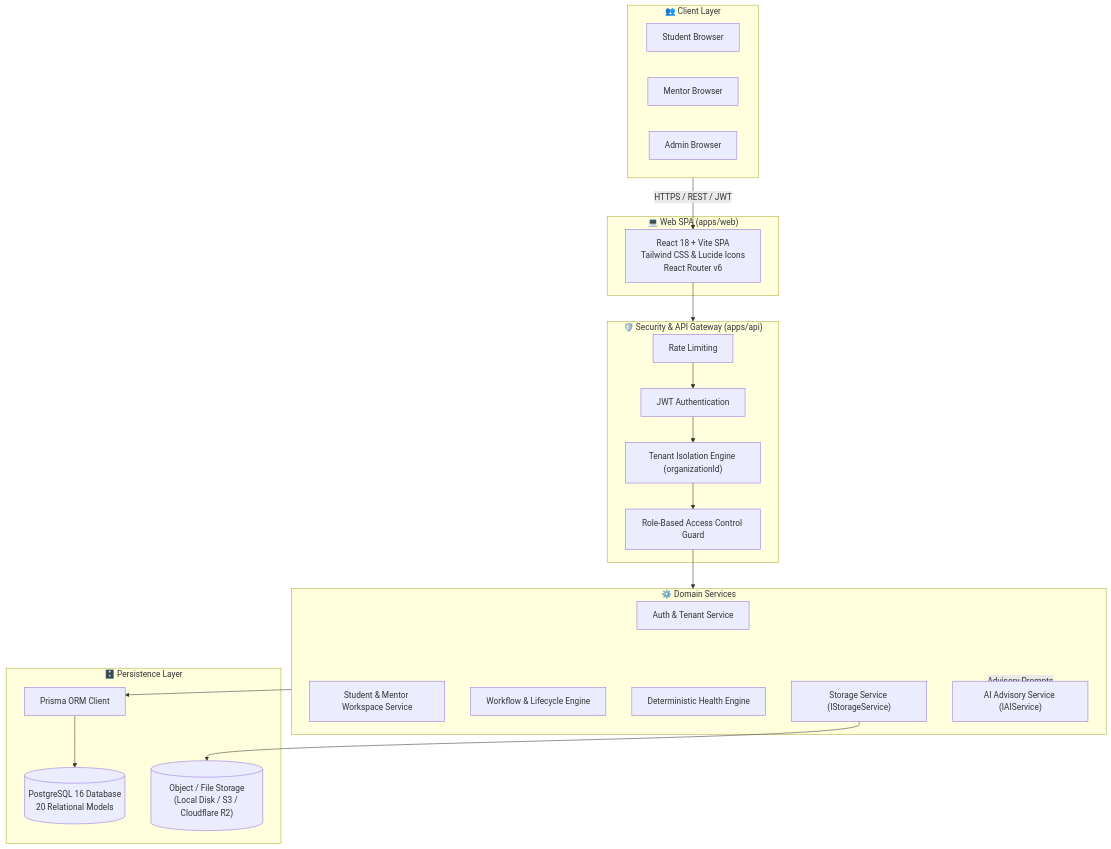
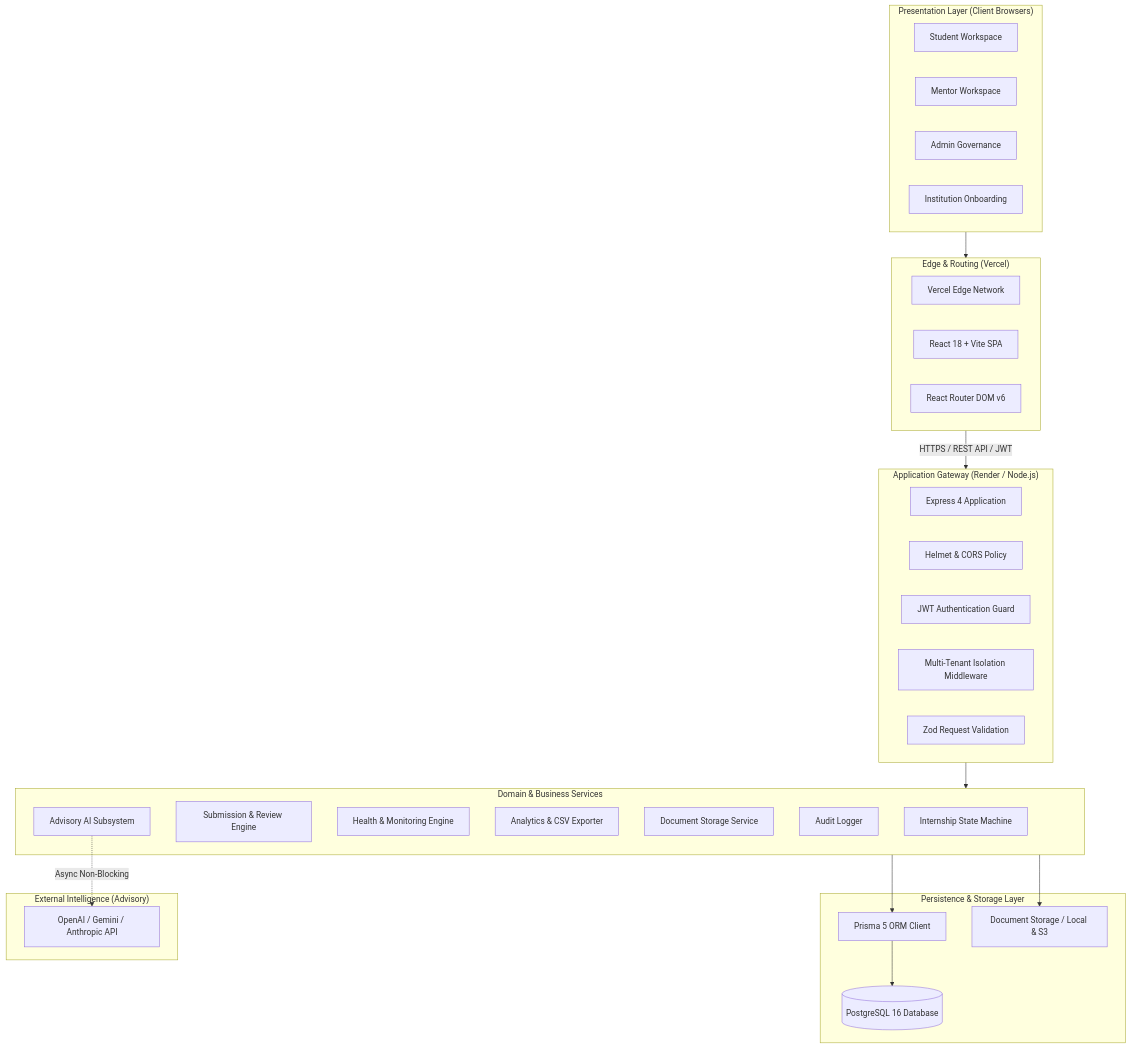
One commit to innocentgaming/Hack-2-Ignite-Move_37 changed the first of 6 diagrams in README.md. Above: the diagram before and after it, drawn with Mermaid. The commit also changed other lines of this file, not shown here.

Commit message:
docs: overhaul README.md with comprehensive architecture, workflows, API documentation, and deployment guides

````diff
--- a/README.md
+++ b/README.md
@@ -149,42 +152,51 @@
 ```mermaid
 flowchart TD
-    subgraph Clients["👥 Client Layer"]
-        A["Student Browser"]
-        B["Mentor Browser"]
-        C["Admin Browser"]
+    subgraph Clients ["Presentation Layer (Client Browsers)"]
+        A1[Student Workspace]
+        A2[Mentor Workspace]
+        A3[Admin Governance]
+        A4[Institution Onboarding]
     end
 
-    subgraph Web["💻 Web SPA (apps/web)"]
-        SPA["React 18 + Vite SPA<br/>Tailwind CSS & Lucide Icons<br/>React Router v6"]
+    subgraph CDN ["Edge & Routing (Vercel)"]
+        B1[Vercel Edge Network]
+        B2[React 18 + Vite SPA]
+        B3[React Router DOM v6]
     end
 
-    subgraph Gateway["🛡️ Security & API Gateway (apps/api)"]
-        RateLimit["Rate Limiting"]
-        AuthMiddleware["JWT Authentication"]
-        TenantMiddleware["Tenant Isolation Engine (organizationId)"]
-        RBACMiddleware["Role-Based Access Control Guard"]
+    subgraph API ["Application Gateway (Render / Node.js)"]
+        C1[Express 4 Application]
+        C2[Helmet & CORS Policy]
+        C3[JWT Authentication Guard]
+        C4[Multi-Tenant Isolation Middleware]
+        C5[Zod Request Validation]
     end
 
-    subgraph CoreServices["⚙️ Domain Services"]
-        AuthSvc["Auth & Tenant Service"]
-        StudentMentorSvc["Student & Mentor Workspace Service"]
-        WorkflowSvc["Workflow & Lifecycle Engine"]
-        HealthSvc["Deterministic Health Engine"]
-        StorageSvc["Storage Service (IStorageService)"]
-        AISvc["AI Advisory Service (IAIService)"]
+    subgraph Services ["Domain & Business Services"]
+        D1[Internship State Machine]
+        D2[Submission & Review Engine]
+        D3[Health & Monitoring Engine]
+        D4[Analytics & CSV Exporter]
+        D5[Document Storage Service]
+        D6[Audit Logger]
+        D7[Advisory AI Subsystem]
     end
 
-    subgraph DataStore["🗄️ Persistence Layer"]
-        Prisma["Prisma ORM Client"]
-        Postgres[("PostgreSQL 16 Database<br/>20 Relational Models")]
-        ObjectStorage[("Object / File Storage<br/>(Local Disk / S3 / Cloudflare R2)")]
+    subgraph Persistence ["Persistence & Storage Layer"]
+        E1[(PostgreSQL 16 Database)]
+        E2[Prisma 5 ORM Client]
+        E3[Document Storage / Local & S3]
     end
 
-    Clients -->|"HTTPS / REST / JWT"| SPA
-    SPA --> Gateway
-    RateLimit --> AuthMiddleware --> TenantMiddleware --> RBACMiddleware
-    RBACMiddleware --> CoreServices
-    CoreServices --> Prisma --> Postgres
-    StorageSvc --> ObjectStorage
-    CoreServices -.->|"Advisory Prompts"| AISvc
+    subgraph External ["External Intelligence (Advisory)"]
+        F1[OpenAI / Gemini / Anthropic API]
+    end
+
+    Clients --> CDN
+    CDN -->|HTTPS / REST API / JWT| API
+    API --> Services
+    Services --> E2
+    E2 --> E1
+    Services --> E3
+    D7 -.->|Async Non-Blocking| F1
 ```
````
